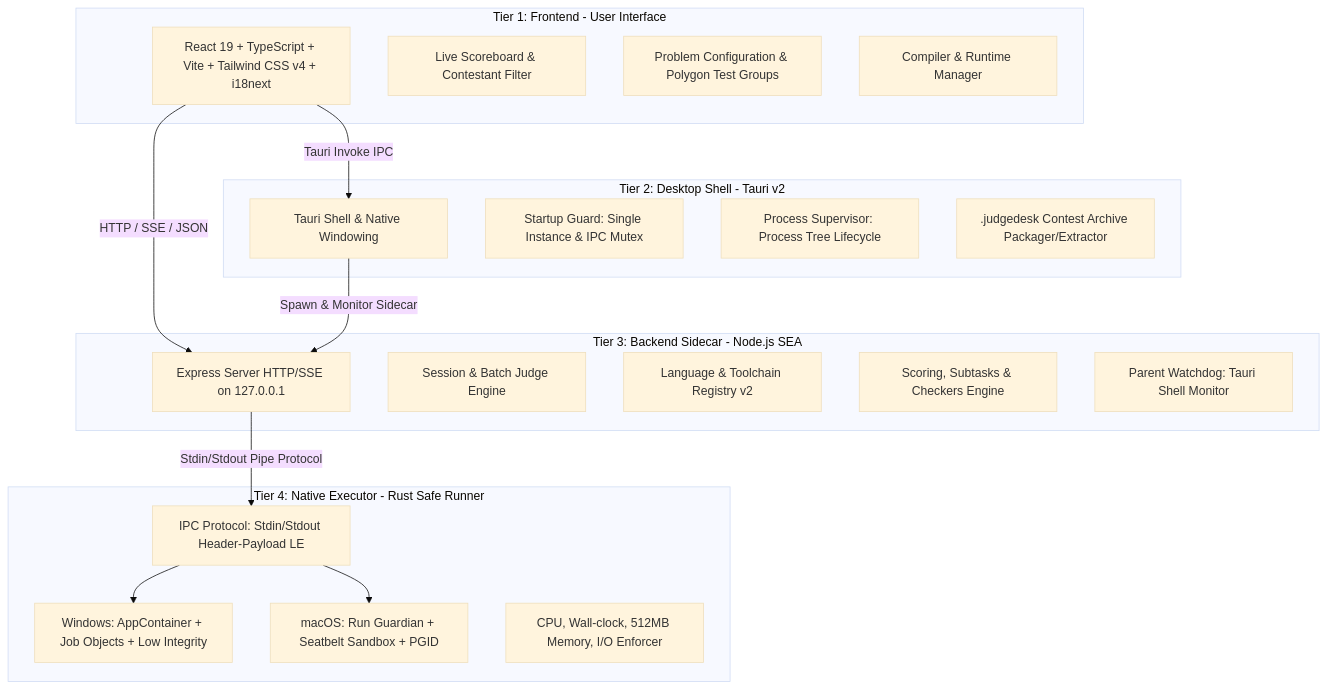
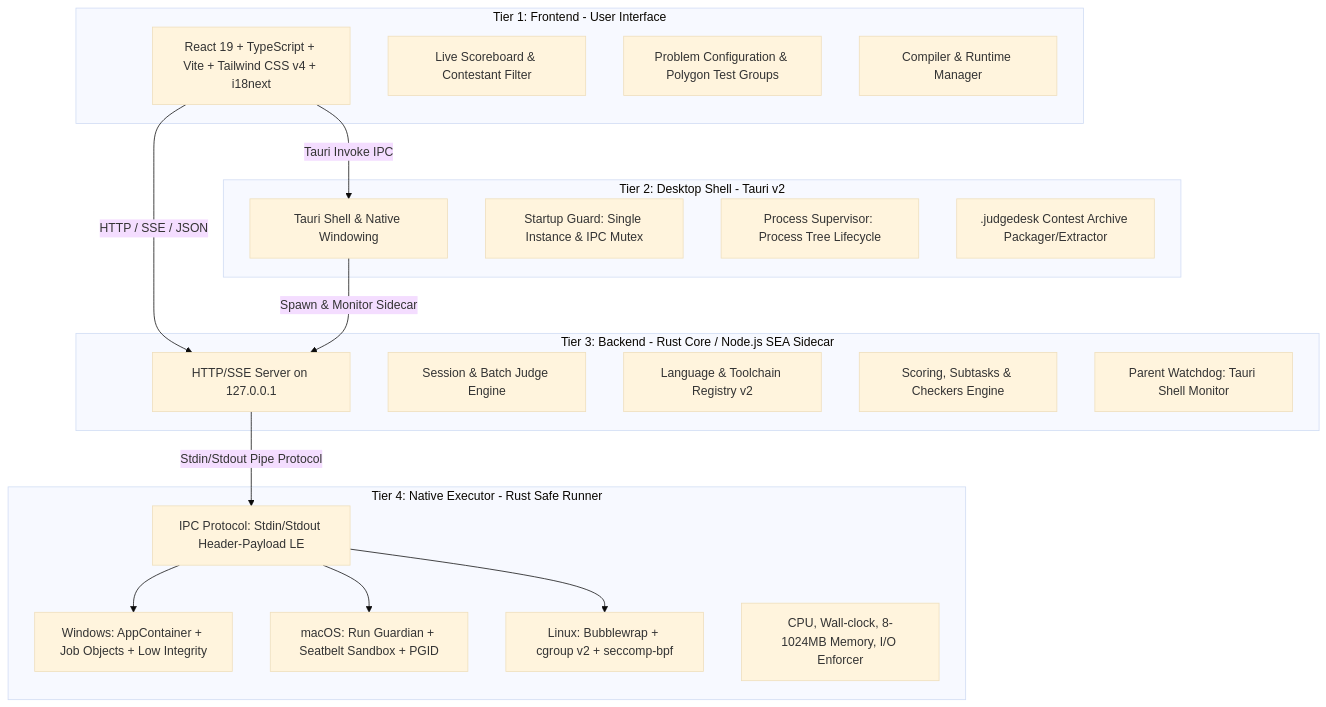
Before and after one commit to ducminh25/judgedesk-source: the first of 3 diagrams in guidelines.md, drawn with Mermaid (base theme). The commit also changed other lines of this file and 262 other files, not shown here.

Commit message:
chore(release): v1.6.0 — Pure Rust Core, official Linux desktop support (.deb/.rpm/.AppImage) & cross-platform improvements

````diff
--- a/guidelines.md
+++ b/guidelines.md
@@ -14,38 +14,40 @@
 ```mermaid
 graph TD
     subgraph UI_Layer [Tier 1: Frontend - User Interface]
         UI[React 19 + TypeScript + Vite + Tailwind CSS v4 + i18next]
         Scoreboard[Live Scoreboard & Contestant Filter]
         ConfigModal[Problem Configuration & Polygon Test Groups]
         ToolchainMgr[Compiler & Runtime Manager]
     end
 
     subgraph Shell_Layer [Tier 2: Desktop Shell - Tauri v2]
         TauriCore[Tauri Shell & Native Windowing]
         StartupGuard[Startup Guard: Single Instance & IPC Mutex]
         Supervisor[Process Supervisor: Process Tree Lifecycle]
         ContestArchive[.judgedesk Contest Archive Packager/Extractor]
     end
 
-    subgraph Backend_Layer [Tier 3: Backend Sidecar - Node.js SEA]
-        ExpressServer[Express Server HTTP/SSE on 127.0.0.1]
+    subgraph Backend_Layer [Tier 3: Backend - Rust Core / Node.js SEA Sidecar]
+        ExpressServer[HTTP/SSE Server on 127.0.0.1]
         JobQueue[Session & Batch Judge Engine]
         LanguageRegistry[Language & Toolchain Registry v2]
         ScoringEngine[Scoring, Subtasks & Checkers Engine]
         ParentWatchdog[Parent Watchdog: Tauri Shell Monitor]
     end
 
     subgraph Sandbox_Layer [Tier 4: Native Executor - Rust Safe Runner]
         ClientIPC[IPC Protocol: Stdin/Stdout Header-Payload LE]
         WinSandbox[Windows: AppContainer + Job Objects + Low Integrity]
         MacSandbox[macOS: Run Guardian + Seatbelt Sandbox + PGID]
-        LimitsEnforcer[CPU, Wall-clock, 512MB Memory, I/O Enforcer]
+        LinuxSandbox[Linux: Bubblewrap + cgroup v2 + seccomp-bpf]
+        LimitsEnforcer[CPU, Wall-clock, 8-1024MB Memory, I/O Enforcer]
     end
 
     UI -->|HTTP / SSE / JSON| ExpressServer
     UI -->|Tauri Invoke IPC| TauriCore
     TauriCore -->|Spawn & Monitor Sidecar| ExpressServer
     ExpressServer -->|Stdin/Stdout Pipe Protocol| ClientIPC
     ClientIPC --> WinSandbox
     ClientIPC --> MacSandbox
+    ClientIPC --> LinuxSandbox
 ```
````
